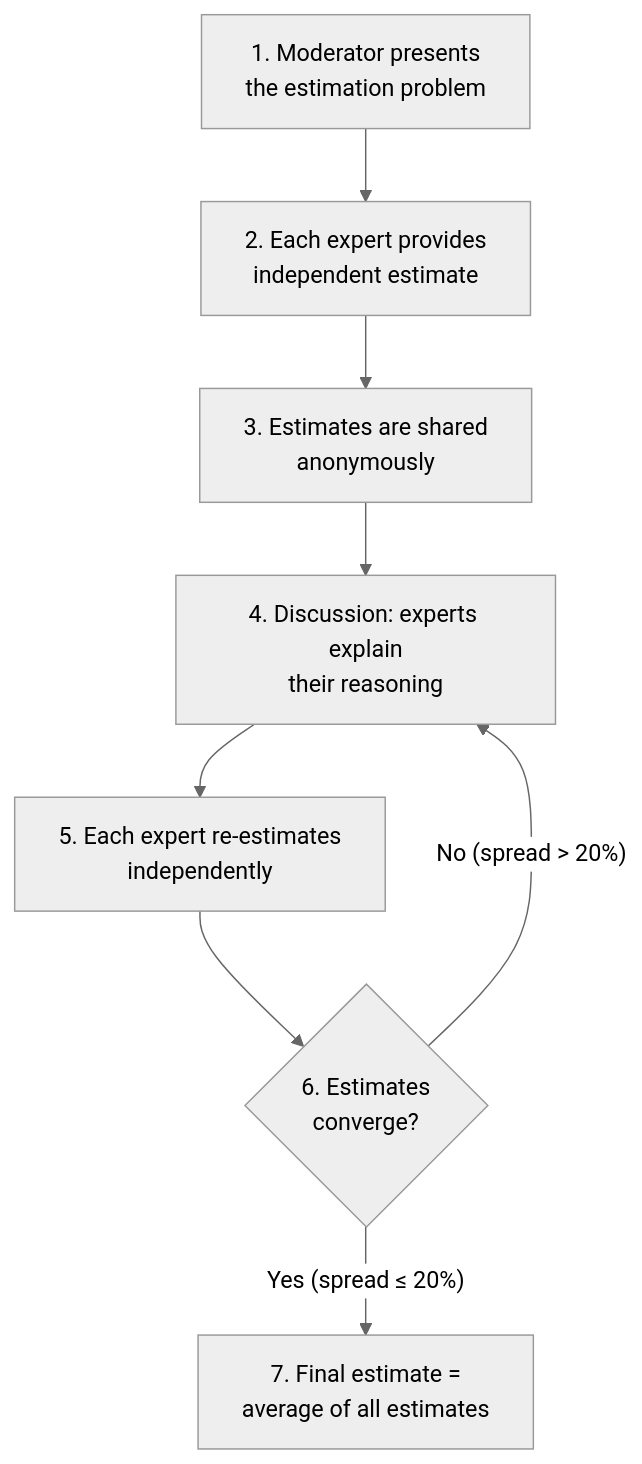
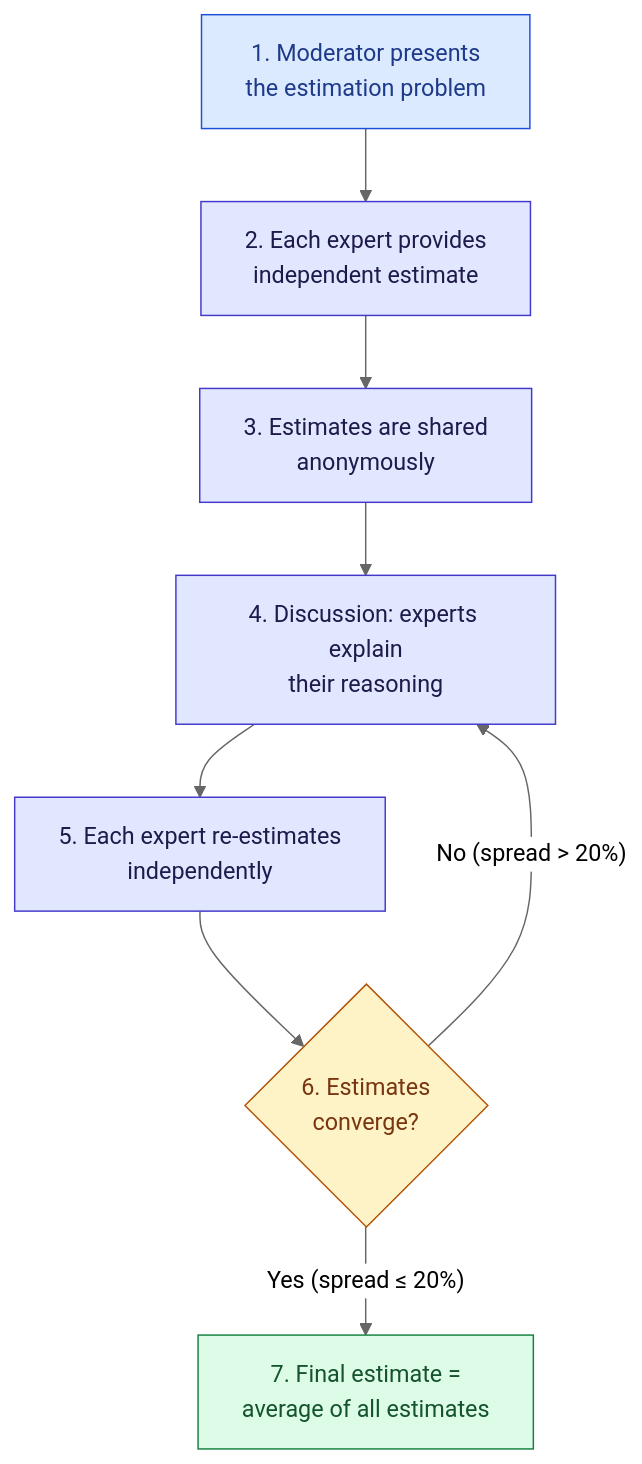
Before and after one commit to ghanendra-sdet/manual-testing-playbook: the fourth of 6 diagrams in Part_10_Test_Planning_Documentation.md, drawn with Mermaid (neutral theme). The commit also changed other lines of this file and 15 other files, not shown here.

Commit message:
Fix broken routes and anchors; update OWASP 2025, ISTQB v4.0, WCAG 2.2, Jira/Zephyr naming and pricing; style diagrams

````diff
--- a/Part_10_Test_Planning_Documentation.md
+++ b/Part_10_Test_Planning_Documentation.md
@@ -1062,10 +1074,20 @@
 ```mermaid
 graph TD
     A["1. Moderator presents<br/>the estimation problem"] --> B["2. Each expert provides<br/>independent estimate"]
     B --> C["3. Estimates are shared<br/>anonymously"]
     C --> D["4. Discussion: experts explain<br/>their reasoning"]
     D --> E["5. Each expert re-estimates<br/>independently"]
     E --> F{"6. Estimates<br/>converge?"}
     F -->|"No (spread > 20%)"| D
     F -->|"Yes (spread ≤ 20%)"| G["7. Final estimate =<br/>average of all estimates"]
+
+    classDef start fill:#dbeafe,stroke:#1d4ed8,color:#1e3a8a
+    classDef step fill:#e0e7ff,stroke:#4338ca,color:#1e1b4b
+    classDef decision fill:#fef3c7,stroke:#b45309,color:#78350f
+    classDef good fill:#dcfce7,stroke:#15803d,color:#14532d
+    classDef bad fill:#fee2e2,stroke:#b91c1c,color:#7f1d1d
+    class A start
+    class B,C,D,E,No,Yes step
+    class F decision
+    class G good
 ```
````
